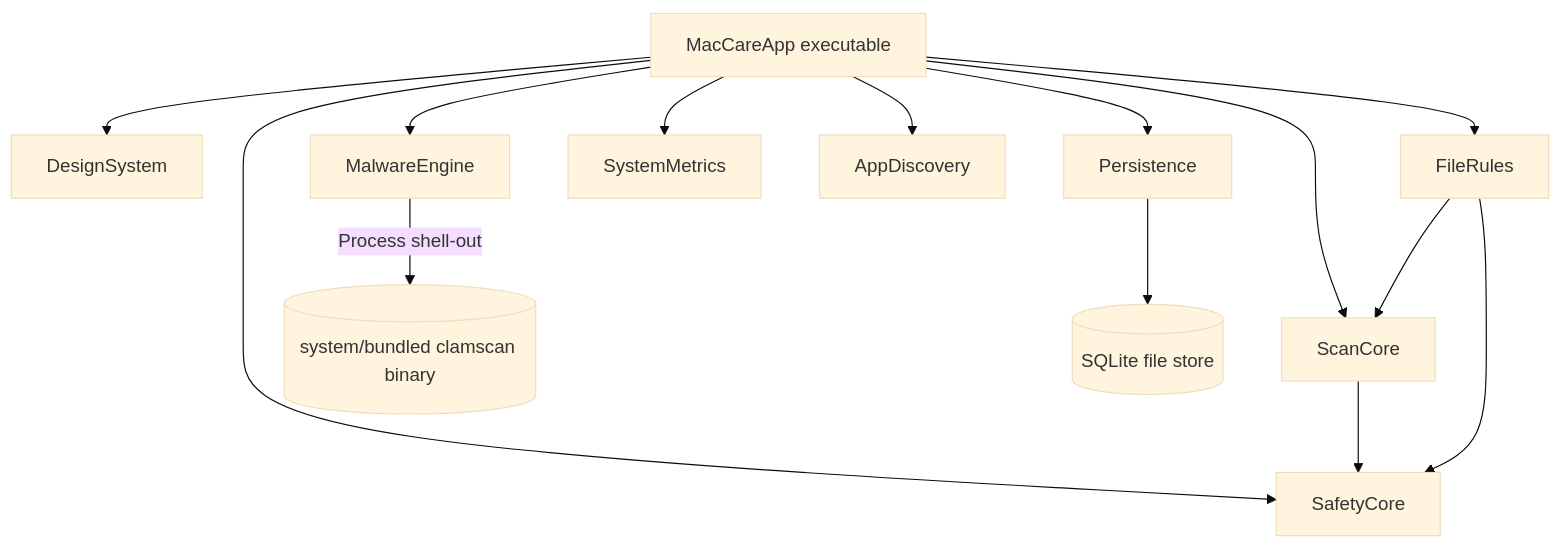
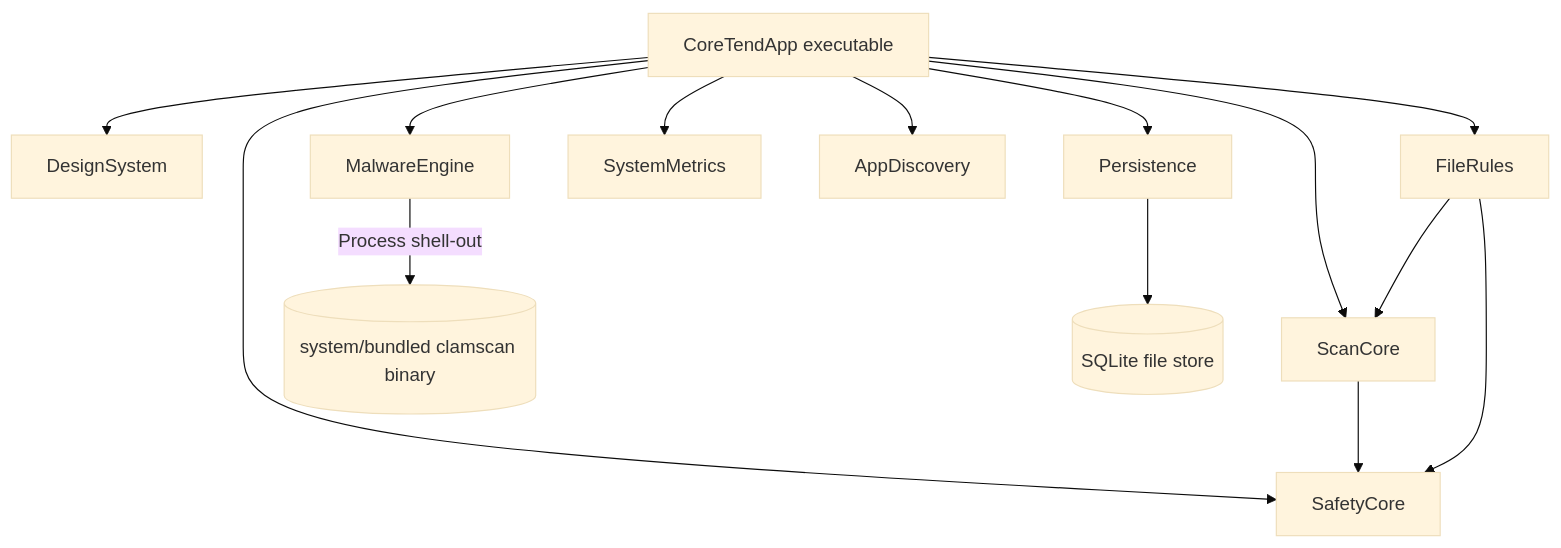
The first of 4 diagrams in Documentation/ARCHITECTURE_INVENTORY.md (ahmetbsbnr/coretend), drawn with Mermaid (base theme) before and after one commit. The commit also changed other lines of this file and 220 other files, not shown here.

First line of the commit message:
refactor(brand)!: rename the product from MacCare Local to CoreTend

````diff
--- a/Documentation/ARCHITECTURE_INVENTORY.md
+++ b/Documentation/ARCHITECTURE_INVENTORY.md
@@ -58,16 +58,16 @@
 ```mermaid
 graph TD
-    App[MacCareApp executable] --> DS[DesignSystem]
+    App[CoreTendApp executable] --> DS[DesignSystem]
     App --> SC[ScanCore]
     App --> SF[SafetyCore]
     App --> FR[FileRules]
     App --> PS[Persistence]
     App --> SM[SystemMetrics]
     App --> AD[AppDiscovery]
     App --> ME[MalwareEngine]
     SC --> SF
     FR --> SC
     FR --> SF
     ME -->|Process shell-out| ClamAV[(system/bundled clamscan binary)]
     PS --> DB[(SQLite file store)]
 ```
````
